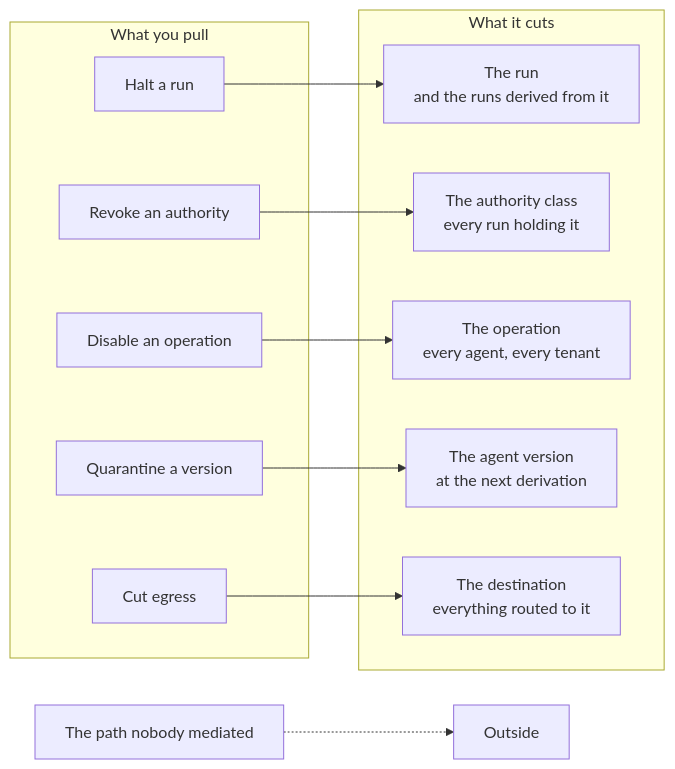
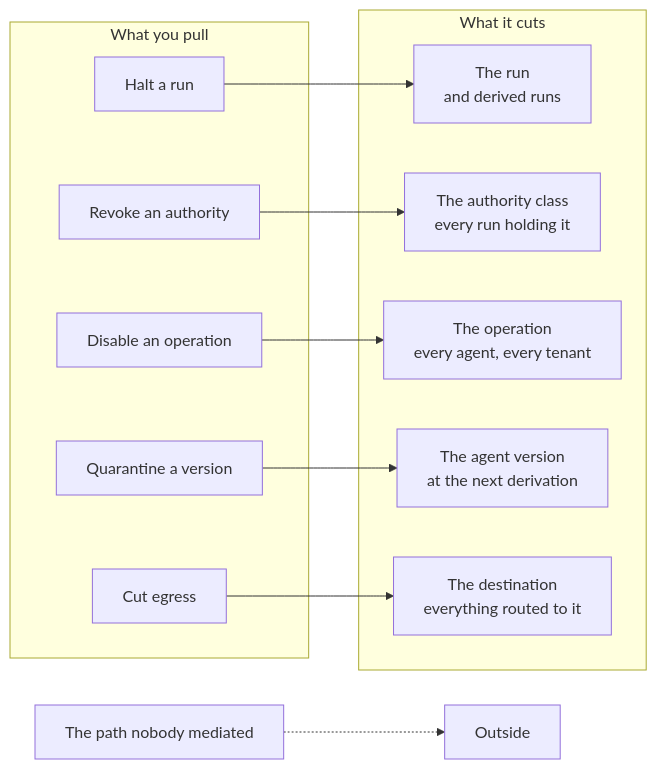
One commit to timsamart/bounded-agents changed the diagram in chapters/3.4-stopping-it.md. Above: the diagram before and after it, drawn with Mermaid. The commit also changed other lines of this file and 23 other files, not shown here.

First line of the commit message:
Deepen thin subchapters and place early chapter-level Mermaid diagrams.

````diff
--- a/chapters/3.4-stopping-it.md
+++ b/chapters/3.4-stopping-it.md
@@ -35,25 +9,25 @@
 ```mermaid
 flowchart LR
   subgraph SW["What you pull"]
     S1["Halt a run"]
     S2["Revoke an authority"]
     S3["Disable an operation"]
     S4["Quarantine a version"]
     S5["Cut egress"]
   end
   subgraph CUT["What it cuts"]
-    R["The run<br/>and the runs derived from it"]
+    R["The run<br/>and derived runs"]
     E["The authority class<br/>every run holding it"]
     O["The operation<br/>every agent, every tenant"]
     V["The agent version<br/>at the next derivation"]
     G["The destination<br/>everything routed to it"]
   end
   U["The path nobody mediated"]
   X["Outside"]
   S1 --> R
   S2 --> E
   S3 --> O
   S4 --> V
   S5 --> G
   U -.-> X
 ```
````
